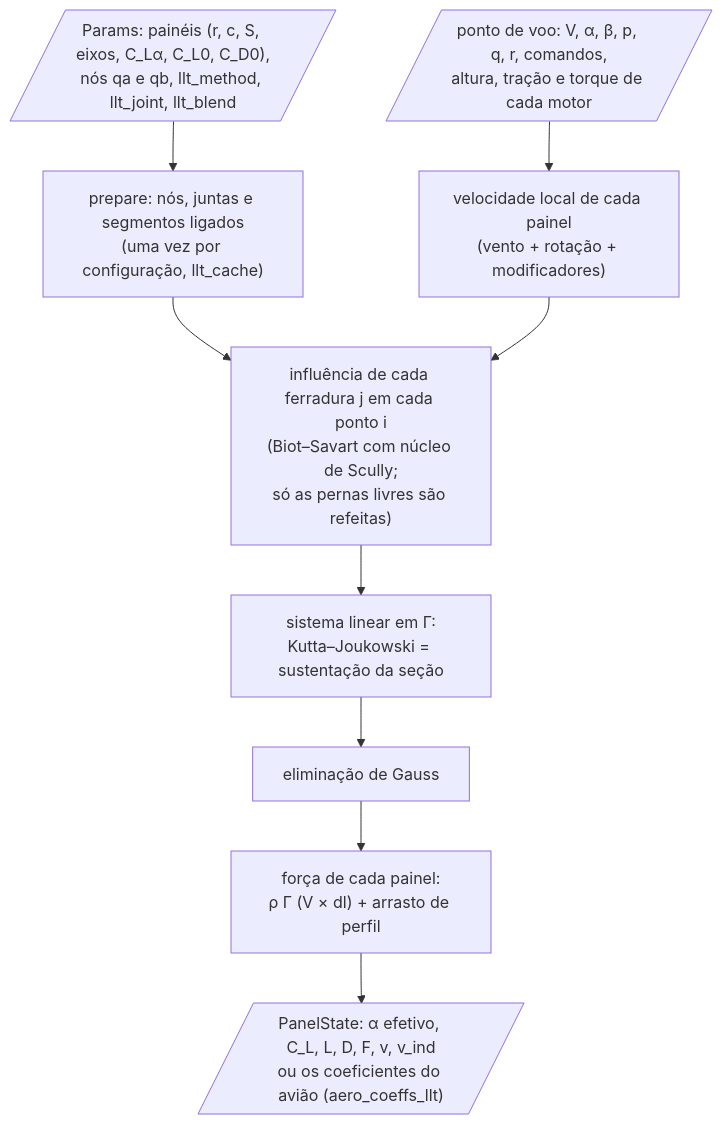
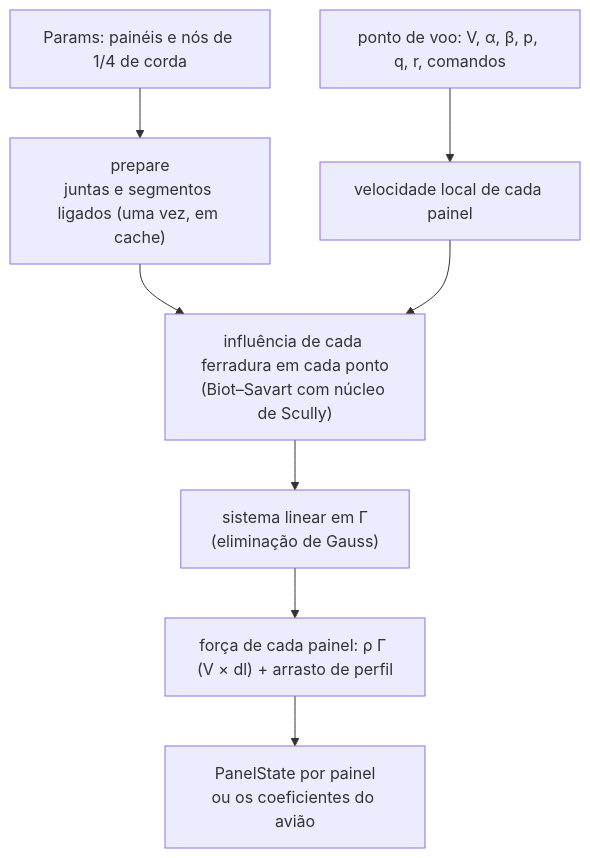
One commit to vitordallolivo/AircraftSimulation changed the diagram in core/src/loads/README.md. Above: the diagram before and after it, drawn with Mermaid. The commit also changed other lines of this file and 1 other file, not shown here.

First line of the commit message:
README das cargas ao longo da envergadura no formato curto, com o gráfico faixas × linha sustentadora

````diff
--- a/core/src/loads/README.md
+++ b/core/src/loads/README.md
@@ -28,11 +18,10 @@
 ```mermaid
-flowchart TD
-    P[/"Params: painéis (r, c, S, eixos, C_Lα, C_L0, C_D0),<br/>nós qa e qb, llt_method, llt_joint, llt_blend"/] --> PREP
-    PREP["prepare: nós, juntas e segmentos ligados<br/>(uma vez por configuração, llt_cache)"] --> LOOP
-    E[/"ponto de voo: V, α, β, p, q, r, comandos,<br/>altura, tração e torque de cada motor"/] --> VEL
-    VEL["velocidade local de cada painel<br/>(vento + rotação + modificadores)"] --> LOOP
-    LOOP["influência de cada ferradura j em cada ponto i<br/>(Biot–Savart com núcleo de Scully;<br/>só as pernas livres são refeitas)"] --> SYS
-    SYS["sistema linear em Γ:<br/>Kutta–Joukowski = sustentação da seção"] --> GAUSS["eliminação de Gauss"]
-    GAUSS --> F["força de cada painel:<br/>ρ Γ (V × dl) + arrasto de perfil"]
-    F --> OUT[/"PanelState: α efetivo, C_L, L, D, F, v, v_ind<br/>ou os coeficientes do avião (aero_coeffs_llt)"/]
+flowchart TB
+    P["Params: painéis e nós de 1/4 de corda"] --> PREP["prepare<br/>juntas e segmentos ligados (uma vez, em cache)"]
+    E["ponto de voo: V, α, β, p, q, r, comandos"] --> VEL["velocidade local de cada painel"]
+    PREP --> INF["influência de cada ferradura em cada ponto<br/>(Biot–Savart com núcleo de Scully)"]
+    VEL --> INF
+    INF --> SYS["sistema linear em Γ<br/>(eliminação de Gauss)"]
+    SYS --> F["força de cada painel: ρ Γ (V × dl) + arrasto de perfil"]
+    F --> OUT["PanelState por painel<br/>ou os coeficientes do avião"]
 ```
````
